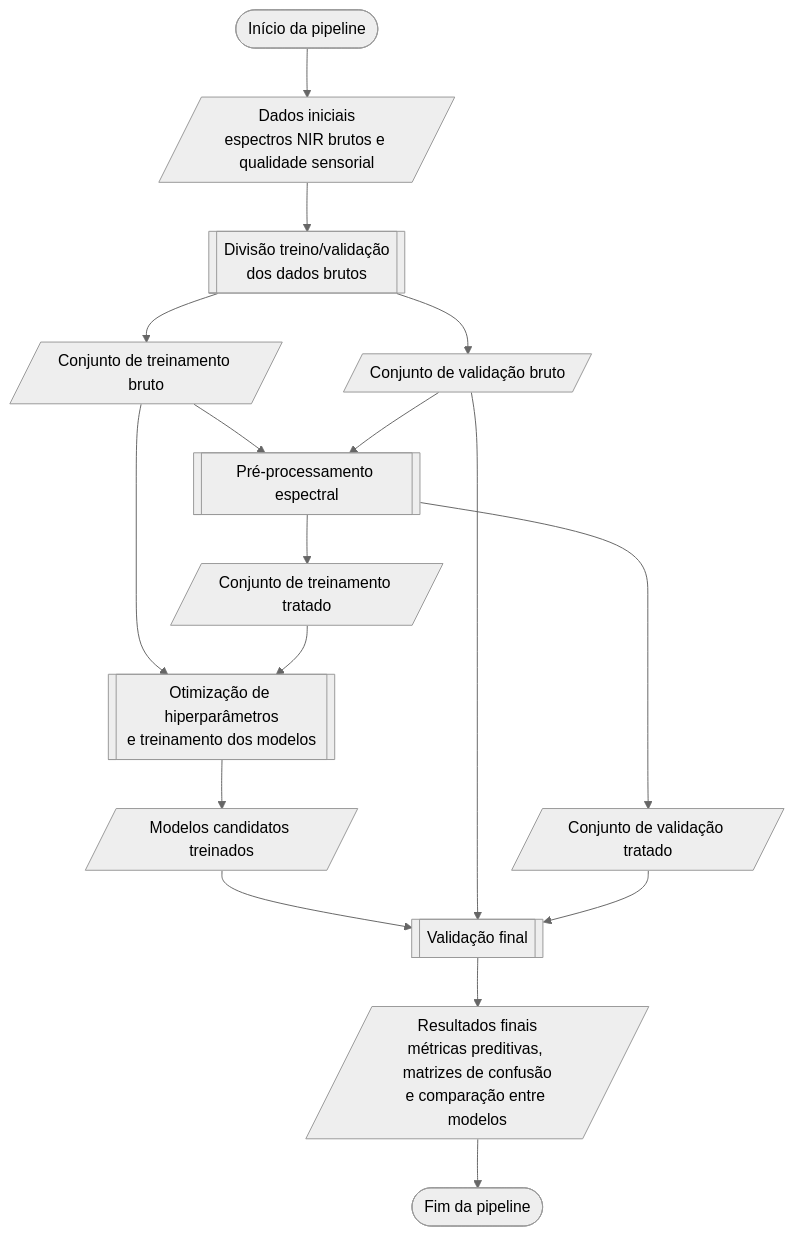
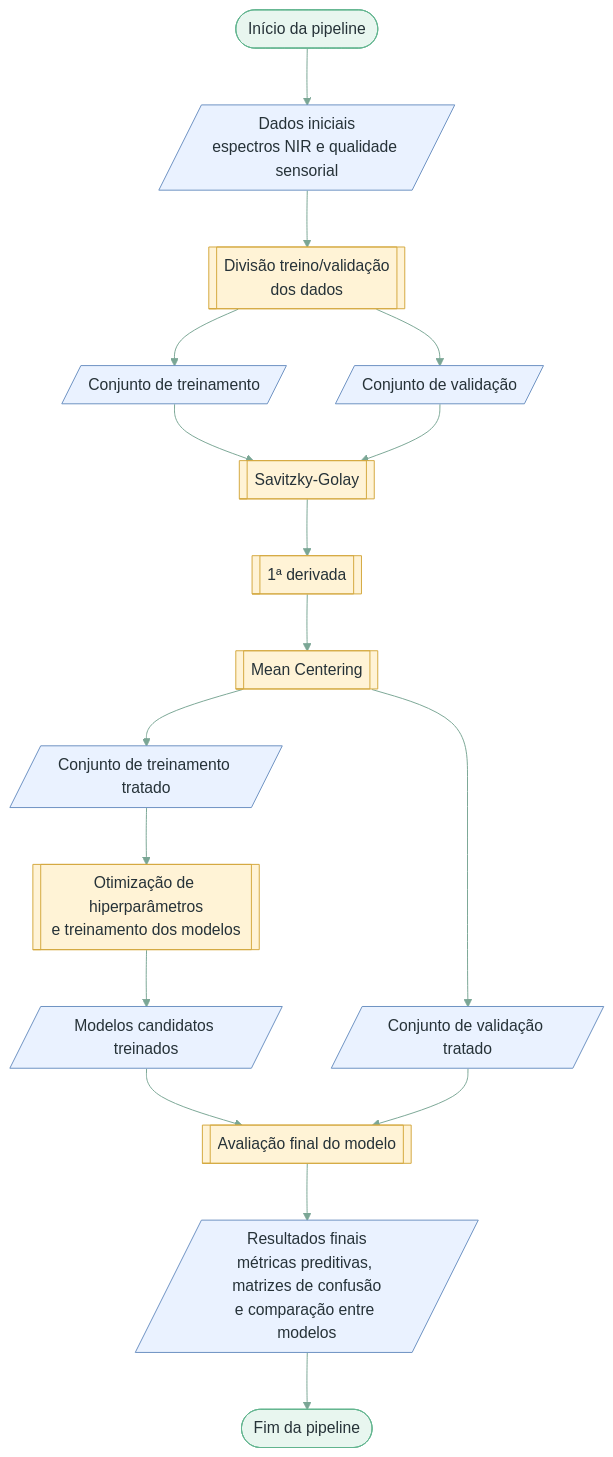
Before and after one commit to A-malta/coffee-nir-quality: the diagram in docs/fluxogramas/00_pipeline_geral.md, drawn with Mermaid. The commit also changed other lines of this file and 3 other files, not shown here.

Commit message:
docs: update pipeline flowcharts

````diff
--- a/docs/fluxogramas/00_pipeline_geral.md
+++ b/docs/fluxogramas/00_pipeline_geral.md
@@ -12,33 +12,54 @@
 ```mermaid
 ---
 config:
   theme: neutral
   look: classic
   fontFamily: '''Open Sans Variable'', sans-serif'
+  fontSize: 18
+  flowchart:
+    curve: basis
+    nodeSpacing: 50
+    rankSpacing: 58
+  themeVariables:
+    primaryColor: '#F1FAF6'
+    primaryBorderColor: '#75B99A'
+    primaryTextColor: '#263238'
+    lineColor: '#7AA695'
+    secondaryColor: '#FFF7E6'
+    tertiaryColor: '#EEF6FF'
 ---
 flowchart TD
-    A([Início da pipeline]) --> B[/Dados iniciais<br/>espectros NIR brutos e qualidade sensorial/]
+    A([Início da pipeline]) --> B[/Dados iniciais<br/>espectros NIR e qualidade sensorial/]
 
-    B --> C[[Divisão treino/validação<br/>dos dados brutos]]
+    B --> C[[Divisão treino/validação<br/>dos dados]]
 
-    C --> F[/Conjunto de treinamento bruto/]
-    C --> G[/Conjunto de validação bruto/]
+    C --> F[/Conjunto de treinamento/]
+    C --> G[/Conjunto de validação/]
 
-    F --> D[[Pré-processamento espectral]]
-    G --> D
+    F --> SG[[Savitzky-Golay]]
+    G --> SG
 
-    D --> H[/Conjunto de treinamento tratado/]
-    D --> I[/Conjunto de validação tratado/]
+    SG --> DER[[1ª derivada]]
+    DER --> MC[[Mean Centering]]
 
-    F --> M[[Otimização de hiperparâmetros<br/>e treinamento dos modelos]]
-    H --> M
+    MC --> H[/Conjunto de treinamento tratado/]
+    MC --> I[/Conjunto de validação tratado/]
+
+    H --> M[[Otimização de hiperparâmetros<br/>e treinamento dos modelos]]
 
     M --> N[/Modelos candidatos treinados/]
 
-    N --> O[[Validação final]]
-    G --> O
+    N --> O[[Avaliação final do modelo]]
     I --> O
 
     O --> P[/Resultados finais<br/>métricas preditivas, matrizes de confusão<br/>e comparação entre modelos/]
     P --> Q([Fim da pipeline])
+
+    classDef terminador fill:#E8F6EF,stroke:#62B58F,color:#263238
+    classDef dados fill:#EAF2FF,stroke:#6C91C2,color:#263238
+    classDef processo fill:#FFF3D6,stroke:#D4A83F,color:#263238
+
+    class A,Q terminador
+    class B,F,G,H,I,N,P dados
+    class C,SG,DER,MC,M,O processo
 ```
````
